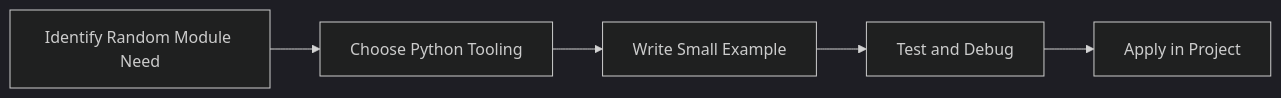
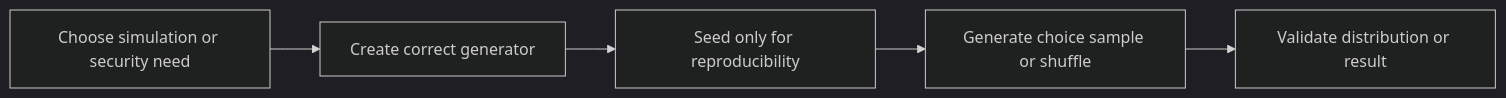
Before and after one commit to SYMOIZ/E-Learning-Portal: the diagram in Python-Mastery/Beginner/30-random-module.md, drawn with Mermaid (dark theme). The commit also changed other lines of this file and 116 other files, not shown here.

````diff
--- a/Python-Mastery/Beginner/30-random-module.md
+++ b/Python-Mastery/Beginner/30-random-module.md
@@ -124,7 +137,12 @@
 ```mermaid
 flowchart LR
-    A[Identify Random Module Need] --> B[Choose Python Tooling]
-    B --> C[Write Small Example]
-    C --> D[Test and Debug]
-    D --> E[Apply in Project]
+    A[Choose simulation or security need]
+    B[Create correct generator]
+    C[Seed only for reproducibility]
+    D[Generate choice sample or shuffle]
+    E[Validate distribution or result]
+    A --> B
+    B --> C
+    C --> D
+    D --> E
 ```
````
